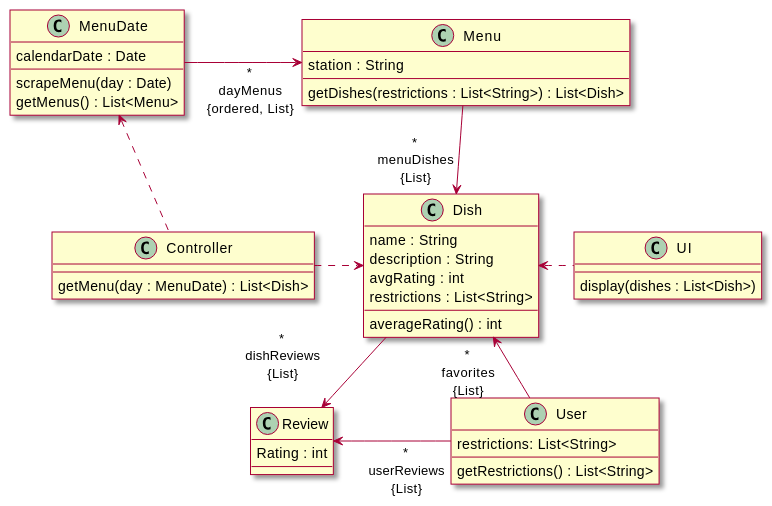
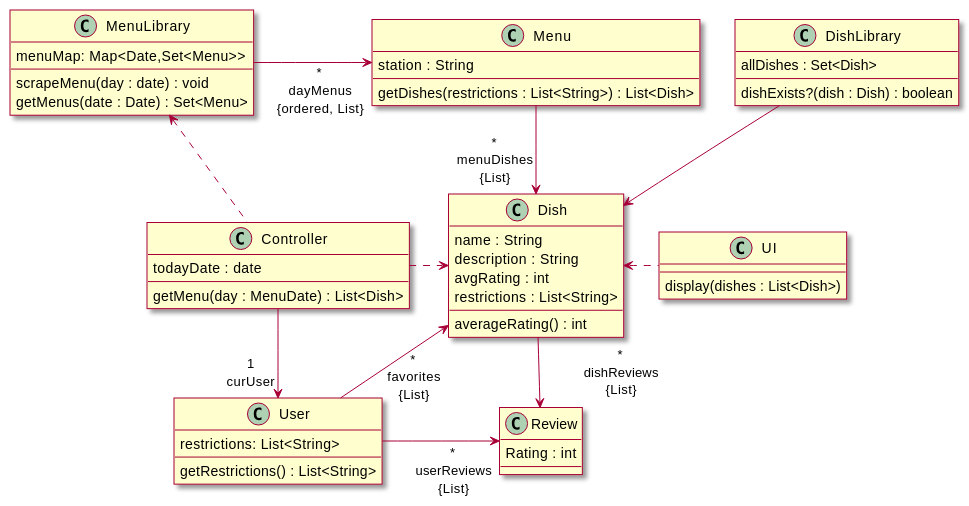
One commit to sashap100/Vassar-Dining-App changed the first of 4 diagrams in intellij/doc/design.md. Above: the diagram before and after it, drawn with PlantUML.

Commit message:
Updated Class diagram with MenuLibrary and DishLibrary classes and current date and user attributes for Controller class.

````diff
--- a/intellij/doc/design.md
+++ b/intellij/doc/design.md
@@ -11,50 +11,59 @@
 ```plantuml
 @startuml
 
 skin rose
 
 ' classes
 class User{
     restrictions: List<String>
     --
     getRestrictions() : List<String>
 }
 class Review{
     Rating : int
 }
-class MenuDate{
-    calendarDate : Date
+class MenuLibrary{
+    menuMap: Map<Date,Set<Menu>>
     --
-    scrapeMenu(day : Date)
-    getMenus() : List<Menu>
+    scrapeMenu(day : date) : void
+    getMenus(date : Date) : Set<Menu>
 }
 class Menu{
     station : String
     --
     getDishes(restrictions : List<String>) : List<Dish>
 }
 class Dish{
     name : String
     description : String
     avgRating : int
     restrictions : List<String>
     --
     averageRating() : int
 }
+class DishLibrary{
+    allDishes : Set<Dish>
+    __
+    dishExists?(dish : Dish) : boolean
+}
 class Controller{
+    todayDate : date
+    --
     getMenu(day : MenuDate) : List<Dish>
 }
 class UI{
     display(dishes : List<Dish>)
 }
 
 ' associations
-User --left-> "\t*\n \tuserReviews\n\t{List}" Review : \t\t\t
-User -> "*\nfavorites\n{List}" Dish
+User --right-> "\t*\n \tuserReviews\n\t{List}" Review : \t\t\t
+User -up-> "\n*\nfavorites\n{List}" Dish
 Dish --> "\t*\n\tdishReviews\n\t{List}\n" Review
-MenuDate -right-> "*\ndayMenus\n{ordered, List}" Menu : \t\t\t
+MenuLibrary -right-> "*\ndayMenus\n{ordered, List}" Menu : \t\t\t
 Menu -down-> "*\nmenuDishes\n{List}" Dish : \t\t
-Controller .up.> MenuDate
+Controller -> "1\ncurUser" User
+Controller .up.> MenuLibrary
 Controller .> Dish
 UI .left.> Dish
+DishLibrary --> Dish
 ```
````
